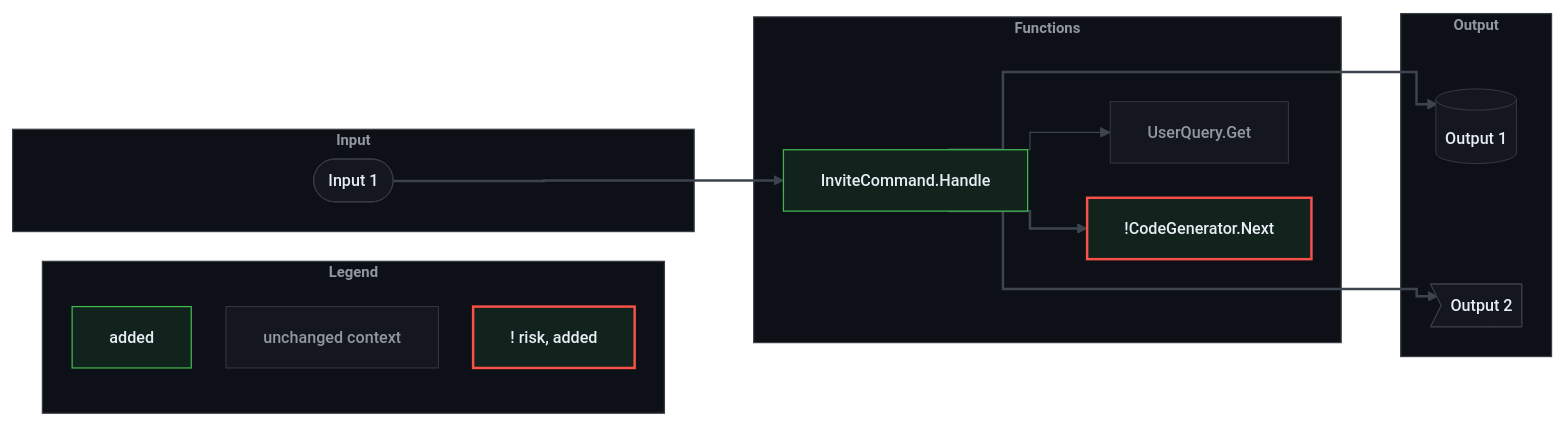
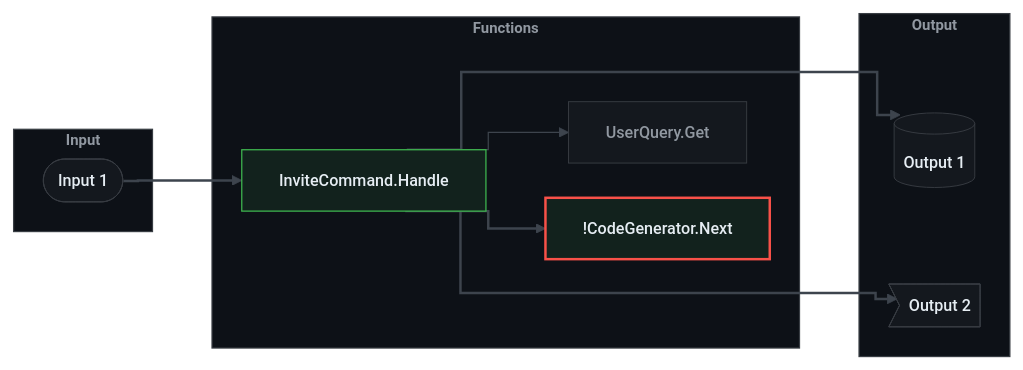
One commit to gagoar/pr-brief changed the diagram in skills/pr-brief/references/diagram-convention.md. Above: the diagram before and after it, drawn with Mermaid. The commit also changed other lines of this file and 45 other files, not shown here.

First line of the commit message:
Show the Legend as one line under the chart

````diff
--- a/skills/pr-brief/references/diagram-convention.md
+++ b/skills/pr-brief/references/diagram-convention.md
@@ -61,40 +61,34 @@
 ```mermaid
 %%{init: {"theme":"base","flowchart":{"curve":"step","nodeSpacing":28,"rankSpacing":48,"diagramPadding":40},"themeVariables":{"darkMode":true,"background":"#0d1117","fontFamily":"Inter, Helvetica, Arial","fontSize":"13px","dropShadow":"none","primaryColor":"#14181e","primaryTextColor":"#e6edf3","primaryBorderColor":"#383d43","nodeTextColor":"#e6edf3","textColor":"#e6edf3","mainBkg":"#14181e","nodeBorder":"#383d43","lineColor":"#3d444d","clusterBkg":"#0d1117","clusterBorder":"#383d43","titleColor":"#9198a1","edgeLabelBackground":"#0d1117"}}}%%
 graph LR
-  subgraph LEG["Legend"]
-    L1["added"]:::added
-    L2["unchanged context"]:::context
-    L3["! risk, added"]:::riskadded
-  end
   subgraph IN["Input"]
     I1(["Input 1"])
   end
   subgraph FN["Functions"]
     F1["InviteCommand.Handle"]:::added
     F2["!CodeGenerator.Next"]:::riskadded
     F3["UserQuery.Get"]:::context
   end
   subgraph OUT["Output"]
     O1[("Output 1")]
     O2>"Output 2"]
   end
   I1 ==> F1
   F1 ==> F2
   F1 --> F3
   F1 ==> O1
   F1 ==> O2
   F2 ~~~ O1
   F2 ~~~ O2
   classDef default fill:#14181e,stroke:#383d43,stroke-width:0.75px,color:#e6edf3,font-weight:500
   classDef added fill:#12221d,stroke:#3fb950,stroke-width:1px,color:#e6edf3,font-weight:500
   classDef modified fill:#211f18,stroke:#d29922,stroke-width:1px,color:#e6edf3,font-weight:500
   classDef removed fill:#24171c,stroke:#f85149,stroke-width:1px,stroke-dasharray:4 4,color:#e6edf3,font-weight:500
   classDef context fill:#14181e,stroke:#383d43,stroke-width:0.75px,color:#9198a1,font-weight:500
   classDef risk fill:#14181e,stroke:#f85149,stroke-width:2px,color:#e6edf3,font-weight:500
   classDef riskadded fill:#12221d,stroke:#f85149,stroke-width:2px,color:#e6edf3,font-weight:500
   classDef zone fill:#0d1117,stroke:#383d43,stroke-width:1px,color:#9198a1,font-weight:600,font-size:12px
   class IN,FN,OUT zone
   linkStyle 2 stroke:#3d444d,stroke-width:1px
   linkStyle 0,1,3,4 stroke:#3d444d,stroke-width:2px
-  class LEG zone
 ```
````
